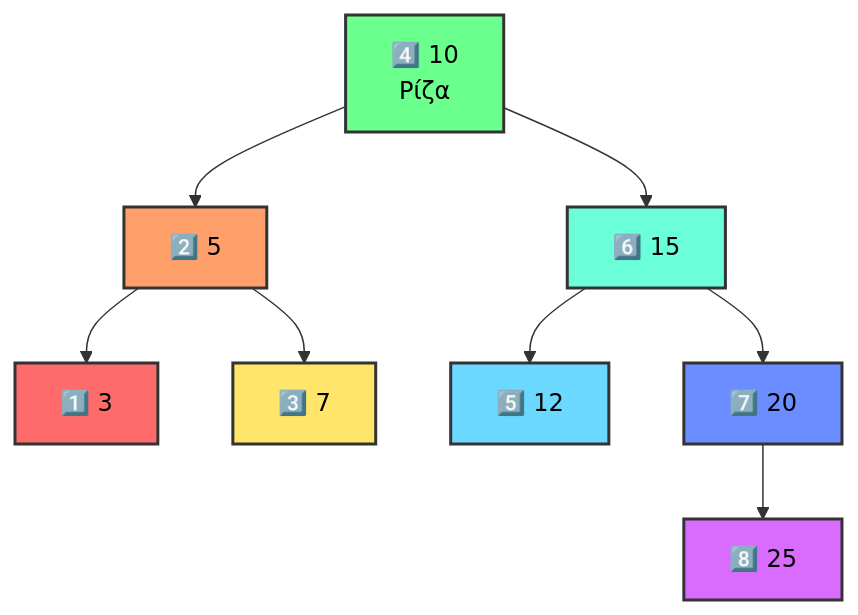
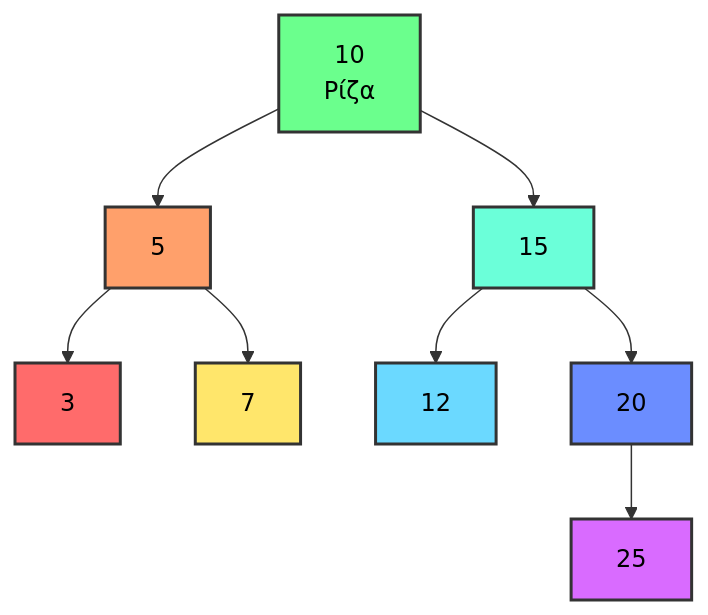
Before and after one commit to PanagopoulosNikolaos/DitOpenNotes: the third of 43 diagrams in Year_2/Semester_3/DSA_DATA_STRUCTURES_ALGORITHMS/Lectures/Binary_Trees.md, drawn with Mermaid. The commit also changed other lines of this file and 24 other files, not shown here.

````diff
--- a/Year_2/Semester_3/DSA_DATA_STRUCTURES_ALGORITHMS/Lectures/Binary_Trees.md
+++ b/Year_2/Semester_3/DSA_DATA_STRUCTURES_ALGORITHMS/Lectures/Binary_Trees.md
@@ -98,19 +98,19 @@
 ```mermaid
 graph TD
-    A["4️⃣ 10<br/>Ρίζα"] --> B["2️⃣ 5"]
-    A --> C["6️⃣ 15"]
-    B --> D["1️⃣ 3"]
-    B --> E["3️⃣ 7"]
-    C --> F["5️⃣ 12"]
-    C --> G["7️⃣ 20"]
-    G --> GA["8️⃣ 25"]
+    A[" 10<br/>Ρίζα"] --> B[" 5"]
+    A --> C[" 15"]
+    B --> D[" 3"]
+    B --> E[" 7"]
+    C --> F[" 12"]
+    C --> G[" 20"]
+    G --> GA[" 25"]
     
     style D fill:#ff6b6b,stroke:#333,stroke-width:2px,color:black
     style B fill:#ffa06b,stroke:#333,stroke-width:2px,color:black
     style E fill:#ffe66b,stroke:#333,stroke-width:2px,color:black
     style A fill:#6bff8d,stroke:#333,stroke-width:2px,color:black
     style C fill:#6bffd9,stroke:#333,stroke-width:2px,color:black
     style F fill:#6bd9ff,stroke:#333,stroke-width:2px,color:black
     style G fill:#6b8dff,stroke:#333,stroke-width:2px,color:black
     style GA fill:#d96bff,stroke:#333,stroke-width:2px,color:black
 ```
````
